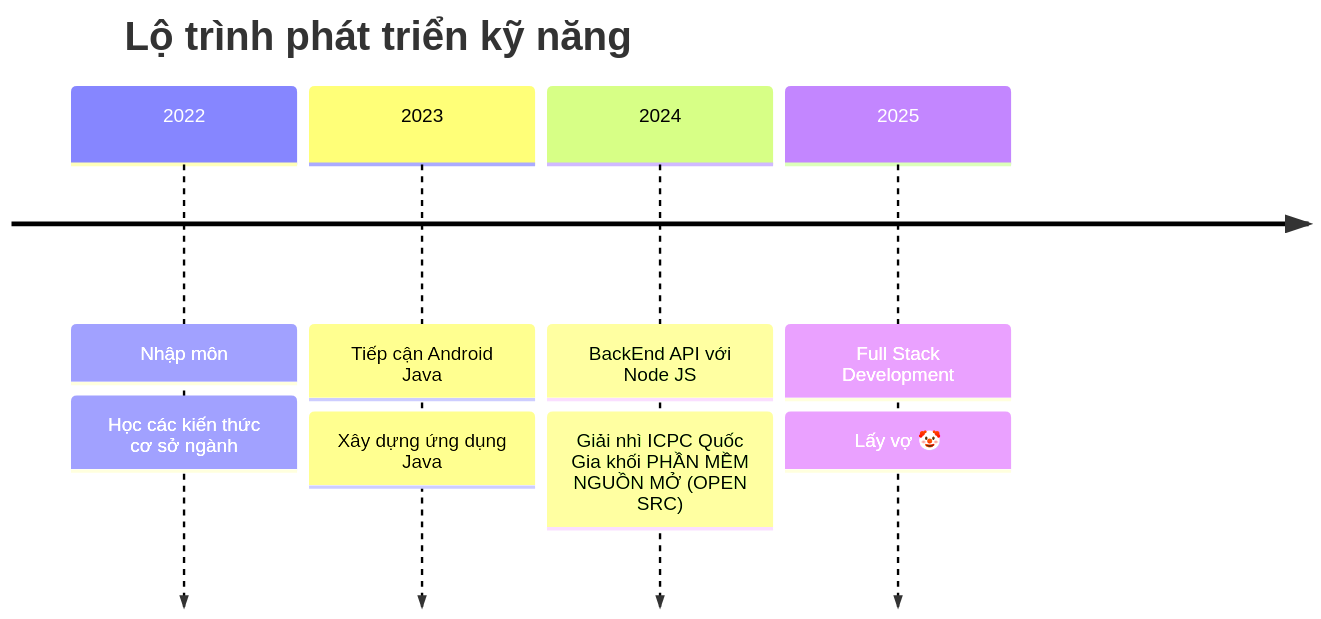
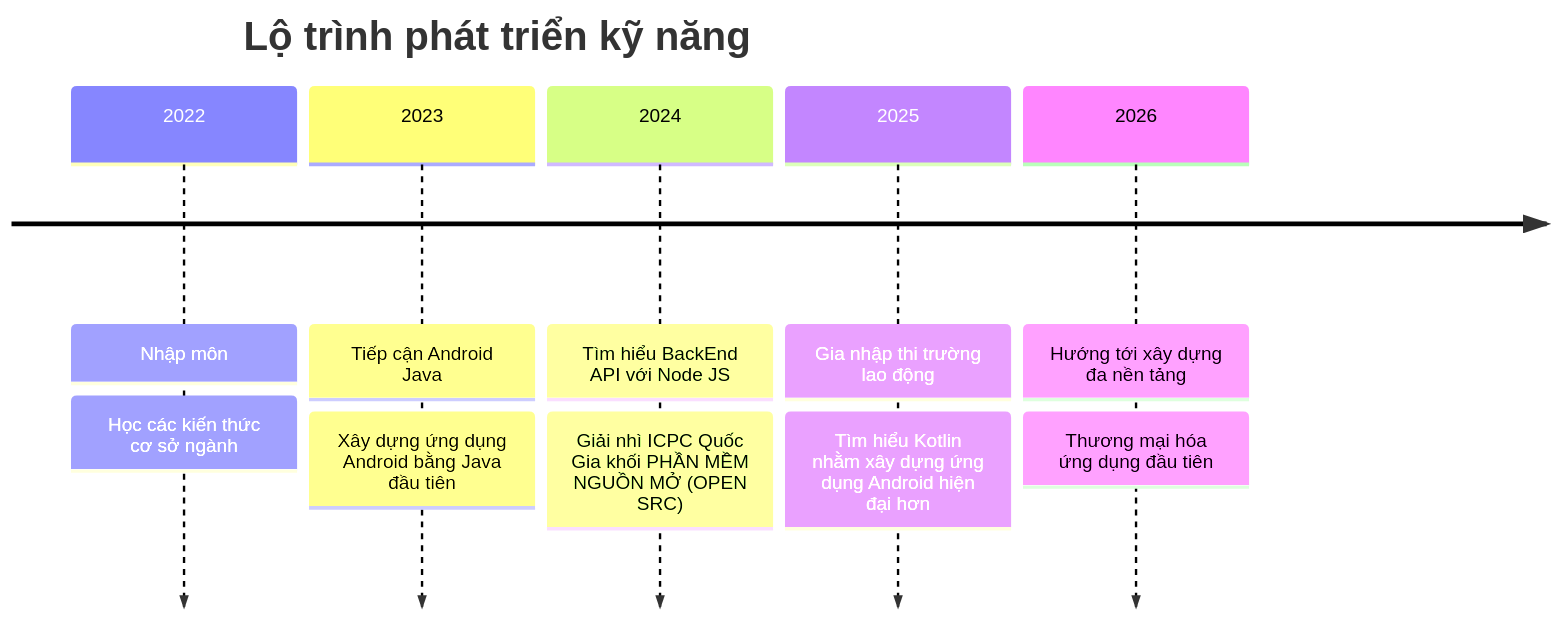
One commit to kedokato-dev/kedokato-dev changed the diagram in Readme.md. Above: the diagram before and after it, drawn with Mermaid. The commit also changed other lines of this file, not shown here.

````diff
--- a/Readme.md
+++ b/Readme.md
@@ -112,12 +81,14 @@
 ```mermaid
 timeline
     title Lộ trình phát triển kỹ năng
     2022 : Nhập môn
          : Học các kiến thức cơ sở ngành
     2023 : Tiếp cận Android Java
-         : Xây dựng ứng dụng Java
-    2024 : BackEnd API với Node JS
+         : Xây dựng ứng dụng Android bằng Java đầu tiên
+    2024 : Tìm hiểu BackEnd API với Node JS
          : Giải nhì ICPC Quốc Gia khối PHẦN MỀM NGUỒN MỞ (OPEN SRC)
-    2025 : Full Stack Development
-         : Lấy vợ 🤡
+    2025 : Gia nhập thi trường lao động
+         : Tìm hiểu Kotlin nhằm xây dựng ứng dụng Android hiện đại hơn
+    2026 : Hướng tới xây dựng đa nền tảng
+         : Thương mại hóa ứng dụng đầu tiên
 ```
````
